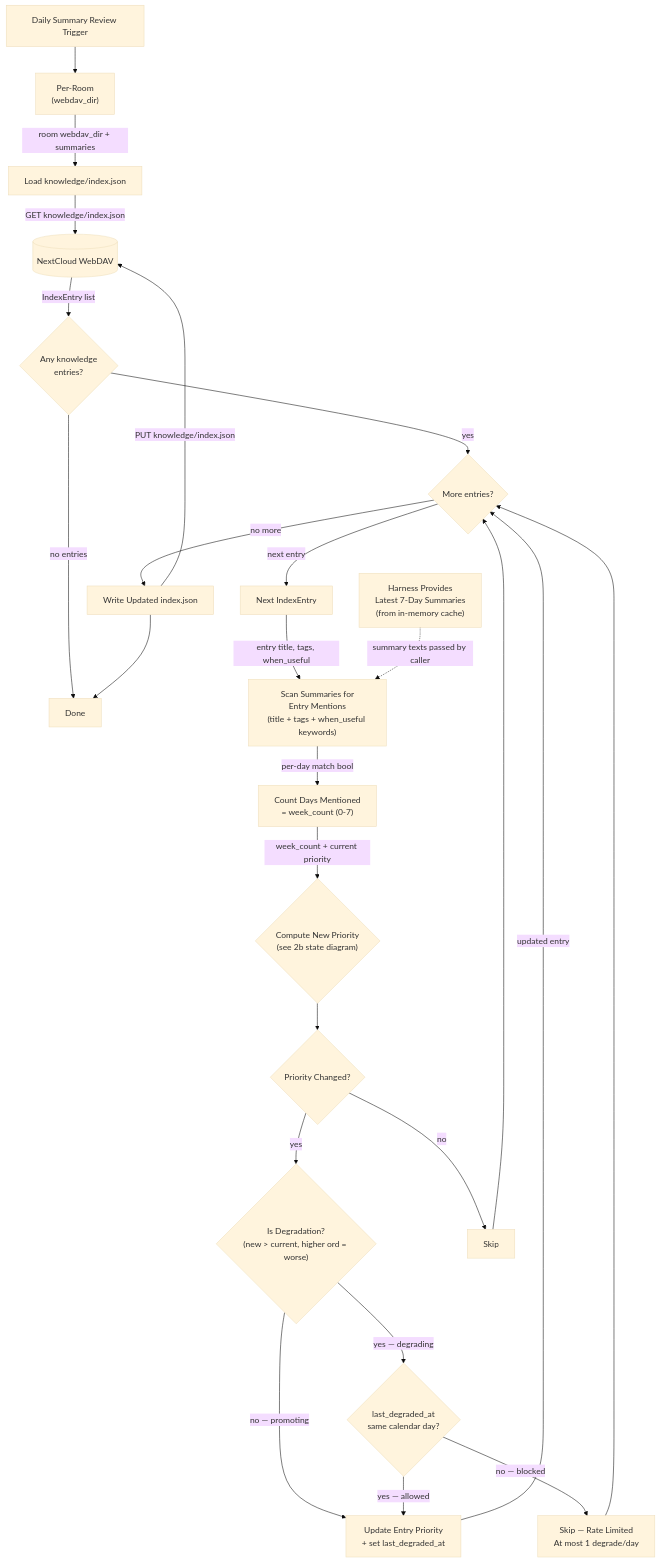
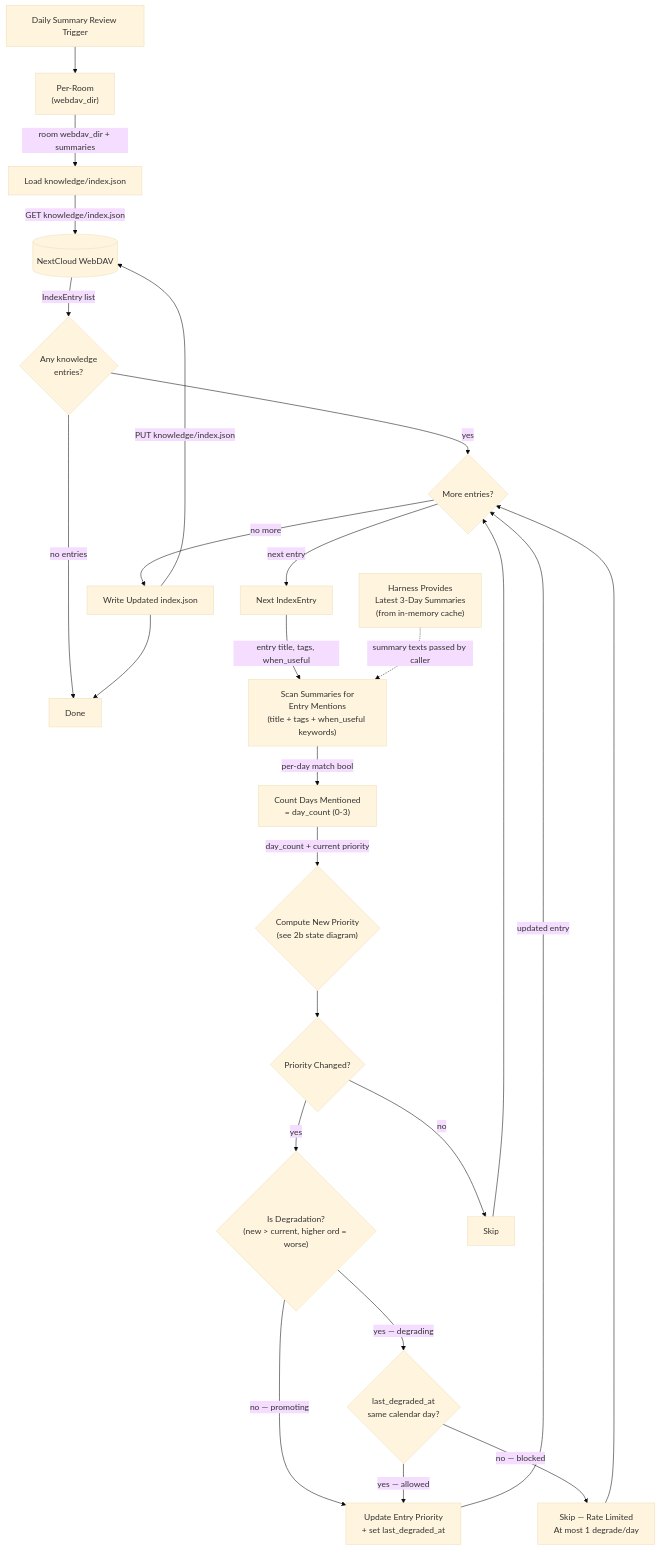
One commit to cosmoswafer/rockbot changed the first of 5 diagrams in _dfds/base/knowledge-priority.md. Above: the diagram before and after it, drawn with Mermaid (base theme). The commit also changed other lines of this file and 1 other file, not shown here.

First line of the commit message:
refactor: knowledge priority — 7-day → 3-day window, new entry default P2 → P1

````diff
--- a/_dfds/base/knowledge-priority.md
+++ b/_dfds/base/knowledge-priority.md
@@ -27,47 +29,47 @@
 ```mermaid
 flowchart TD
     START[Daily Summary Review Trigger]
     ROOM["Per-Room<br/>(webdav_dir)"]
-    LOAD_SUMS["Harness Provides<br/>Latest 7-Day Summaries<br/>(from in-memory cache)"]
+    LOAD_SUMS["Harness Provides<br/>Latest 3-Day Summaries<br/>(from in-memory cache)"]
     DAV[(NextCloud WebDAV)]
     LOAD_IDX["Load knowledge/index.json"]
     EMPTY{Any knowledge<br/>entries?}
     DONE[Done]
     TICK{More entries?}
     NEXT[Next IndexEntry]
     SCAN["Scan Summaries for<br/>Entry Mentions<br/>(title + tags + when_useful keywords)"]
-    COUNT["Count Days Mentioned<br/>= week_count (0-7)"]
+    COUNT["Count Days Mentioned<br/>= day_count (0-3)"]
     NEW_PRIO{"Compute New Priority<br/>(see 2b state diagram)"}
     CHANGED{Priority Changed?}
     DEGRADE{"Is Degradation?<br/>(new &gt; current, higher ord = worse)"}
     RATE_CHECK{"last_degraded_at<br/>same calendar day?"}
     RATE_SKIP[Skip — Rate Limited<br/>At most 1 degrade/day]
     MARK_DIRTY[Update Entry Priority<br/>+ set last_degraded_at]
     WRITE_IDX["Write Updated index.json"]
     SKIP[Skip]
 
     START --> ROOM
     ROOM -->|"room webdav_dir + summaries"| LOAD_IDX
     LOAD_IDX -->|"GET knowledge/index.json"| DAV
     DAV -->|"IndexEntry list"| EMPTY
     EMPTY -->|"no entries"| DONE
     EMPTY -->|"yes"| TICK
     TICK -->|"next entry"| NEXT
     TICK -->|"no more"| WRITE_IDX
     NEXT -->|"entry title, tags, when_useful"| SCAN
     LOAD_SUMS -.->|"summary texts passed by caller"| SCAN
     SCAN -->|"per-day match bool"| COUNT
-    COUNT -->|"week_count + current priority"| NEW_PRIO
+    COUNT -->|"day_count + current priority"| NEW_PRIO
     NEW_PRIO --> CHANGED
     CHANGED -->|"yes"| DEGRADE
     CHANGED -->|"no"| SKIP
     DEGRADE -->|"yes — degrading"| RATE_CHECK
     DEGRADE -->|"no — promoting"| MARK_DIRTY
     RATE_CHECK -->|"yes — allowed"| MARK_DIRTY
     RATE_CHECK -->|"no — blocked"| RATE_SKIP
     MARK_DIRTY -->|"updated entry"| TICK
     RATE_SKIP --> TICK
     SKIP --> TICK
     WRITE_IDX -->|"PUT knowledge/index.json"| DAV
     WRITE_IDX --> DONE
 ```
````
